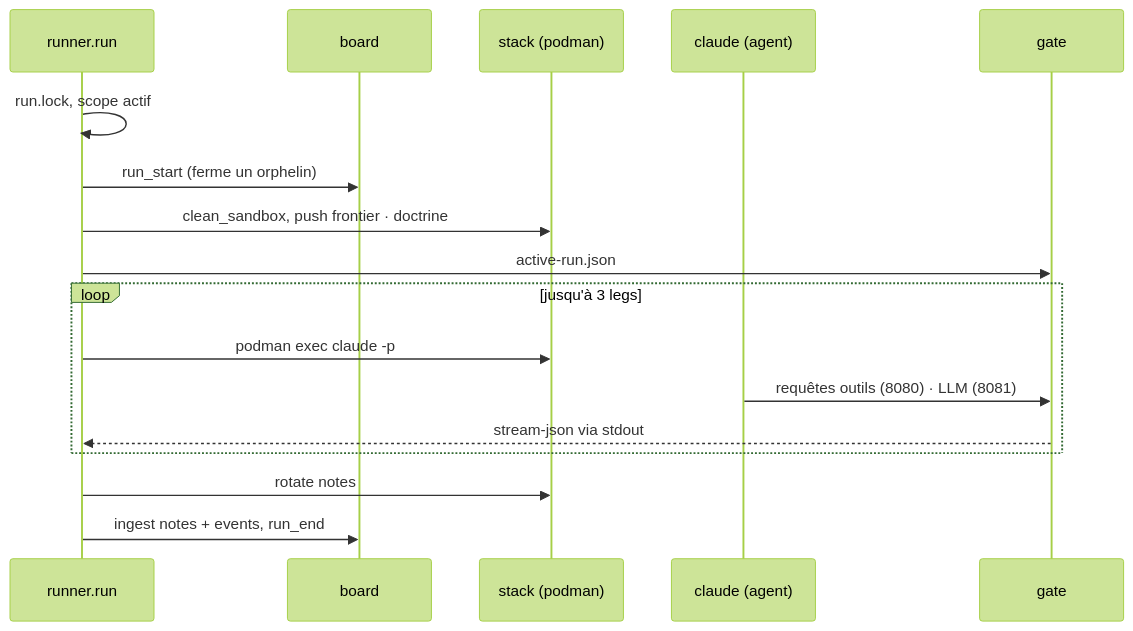
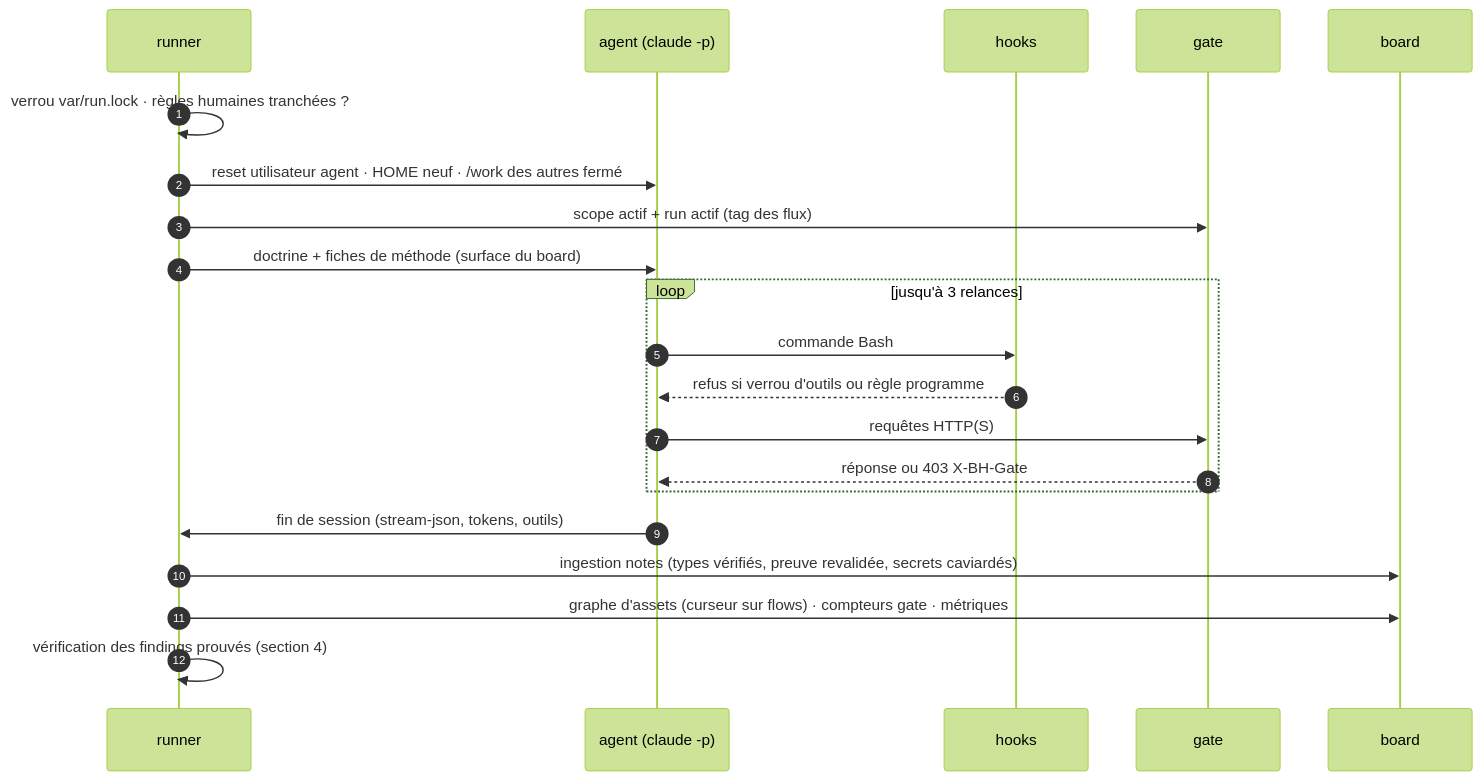
The second of 15 diagrams in docs/diagrams.md (Moutdili/bull-harness), drawn with Mermaid (forest theme) before and after one commit. The commit also changed other lines of this file and 3 other files, not shown here.

First line of the commit message:
docs: README with mermaid diagrams, current architecture diagrams, review status

````diff
--- a/docs/diagrams.md
+++ b/docs/diagrams.md
@@ -54,20 +51,23 @@
 ```mermaid
 sequenceDiagram
-  participant R as runner.run
+  autonumber
+  participant R as runner
+  participant A as agent (claude -p)
+  participant H as hooks
+  participant G as gate
   participant B as board
-  participant S as stack (podman)
-  participant A as claude (agent)
-  participant G as gate
-  R->>R: run.lock, scope actif
-  R->>B: run_start (ferme un orphelin)
-  R->>S: clean_sandbox, push frontier · doctrine
-  R->>G: active-run.json
-  loop jusqu'à 3 legs
-    R->>S: podman exec claude -p
-    A->>G: requêtes outils (8080) · LLM (8081)
-    G-->>R: stream-json via stdout
+  R->>R: verrou var/run.lock · règles humaines tranchées ?
+  R->>A: reset utilisateur agent · HOME neuf · /work des autres fermé
+  R->>G: scope actif + run actif (tag des flux)
+  R->>A: doctrine + fiches de méthode (surface du board)
+  loop jusqu'à 3 relances
+    A->>H: commande Bash
+    H-->>A: refus si verrou d'outils ou règle programme
+    A->>G: requêtes HTTP(S)
+    G-->>A: réponse ou 403 X-BH-Gate
   end
-  R->>S: rotate notes
-  R->>B: ingest notes + events, run_end
-      
+  A->>R: fin de session (stream-json, tokens, outils)
+  R->>B: ingestion notes (types vérifiés, preuve revalidée, secrets caviardés)
+  R->>B: graphe d'assets (curseur sur flows) · compteurs gate · métriques
+  R->>R: vérification des findings prouvés (section 4)
 ```
````
